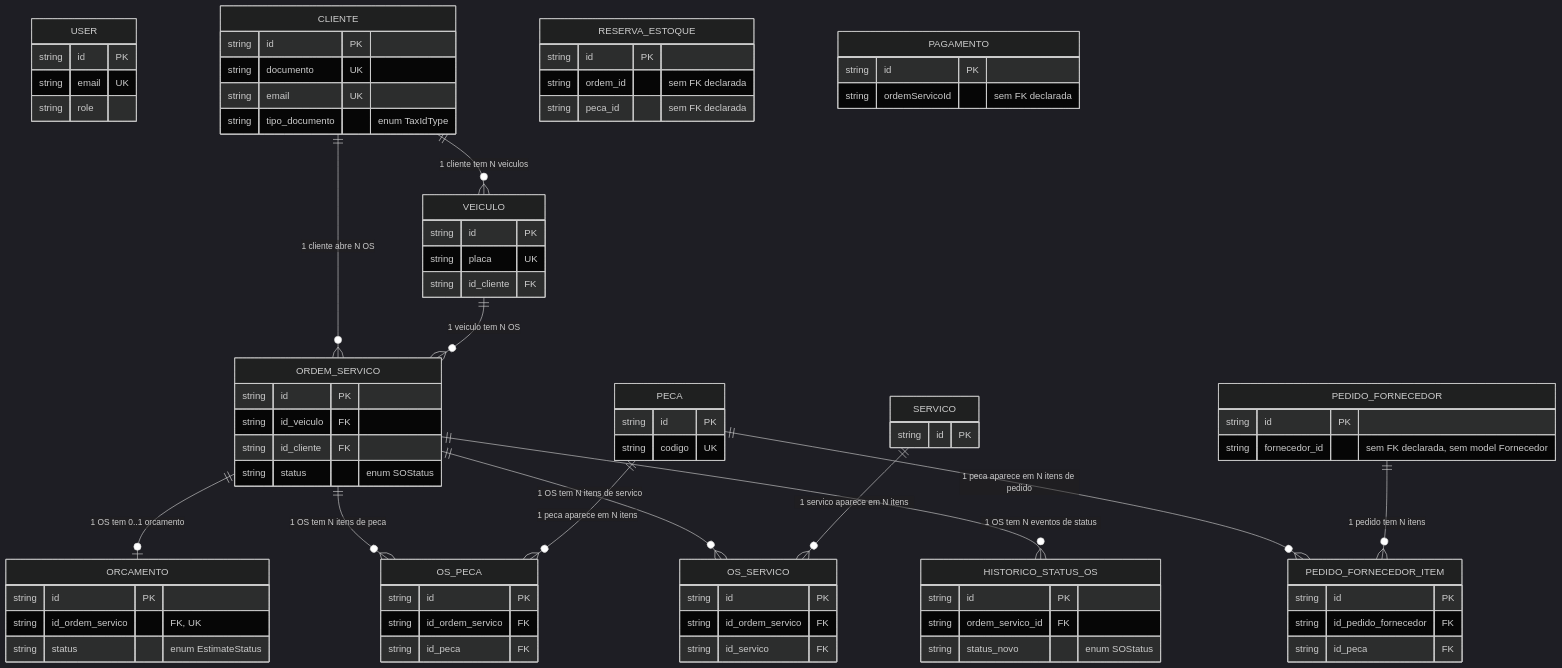
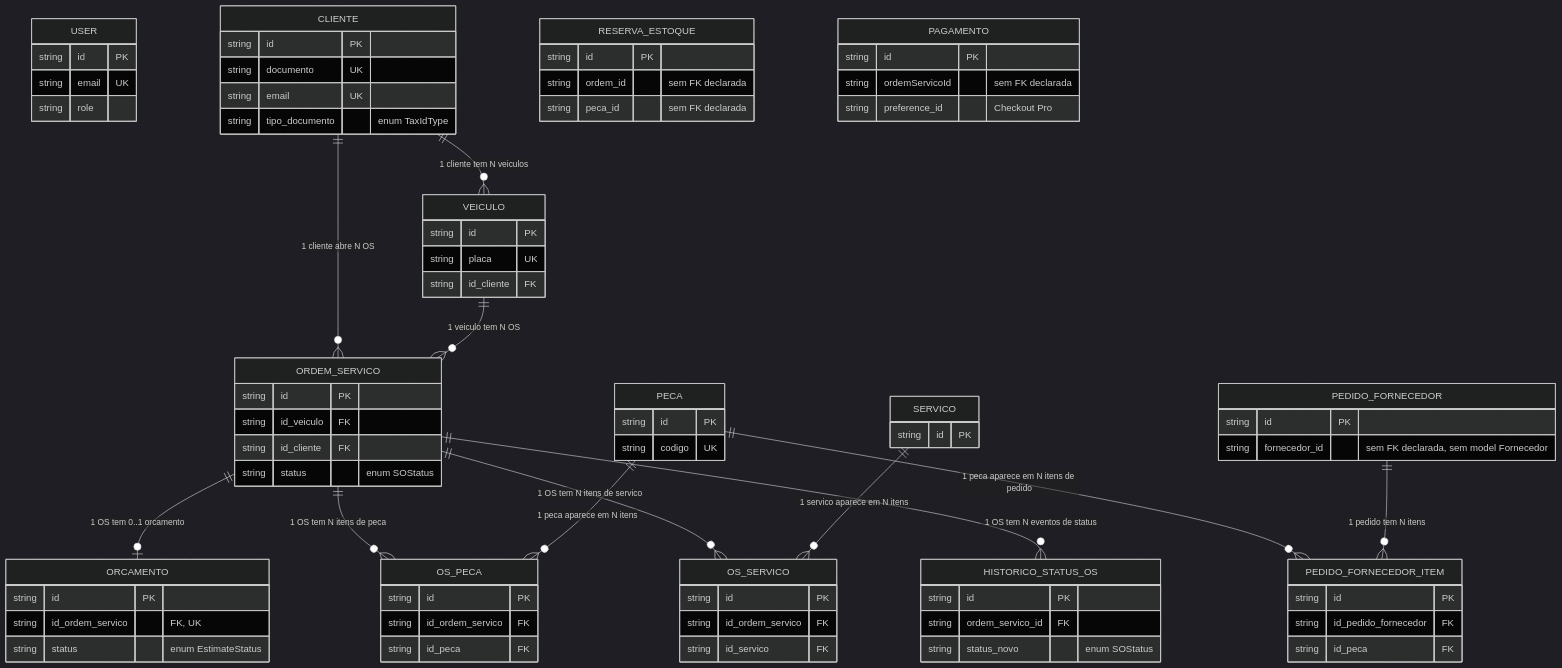
One commit to Async-And-Furious/async-furious-project changed the diagram in docs/infrastructure/database.md. Above: the diagram before and after it, drawn with Mermaid (dark theme). The commit also changed other lines of this file and 4 other files, not shown here.

First line of the commit message:
docs: documentar a integracao com o Mercado Pago Checkout Pro

```diff
--- a/docs/infrastructure/database.md
+++ b/docs/infrastructure/database.md
@@ -101,6 +101,7 @@
     PAGAMENTO {
         string id PK
         string ordemServicoId "sem FK declarada"
+        string preference_id "Checkout Pro"
     }
 
     HISTORICO_STATUS_OS {
```
